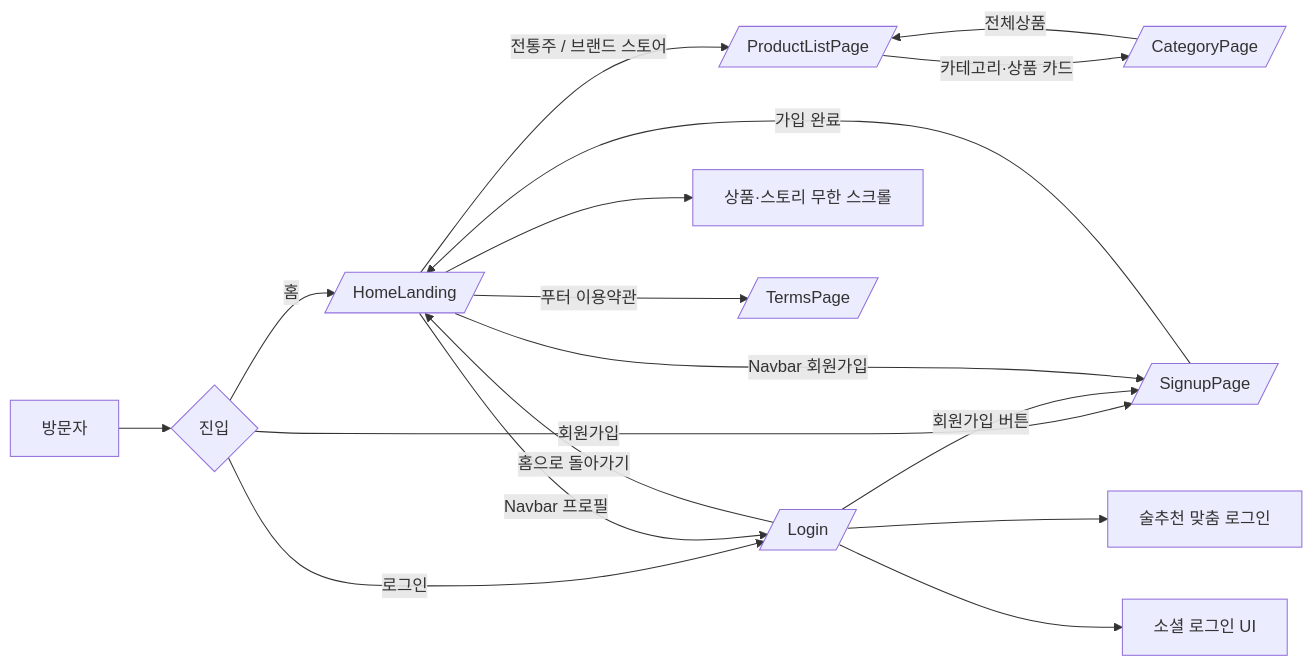
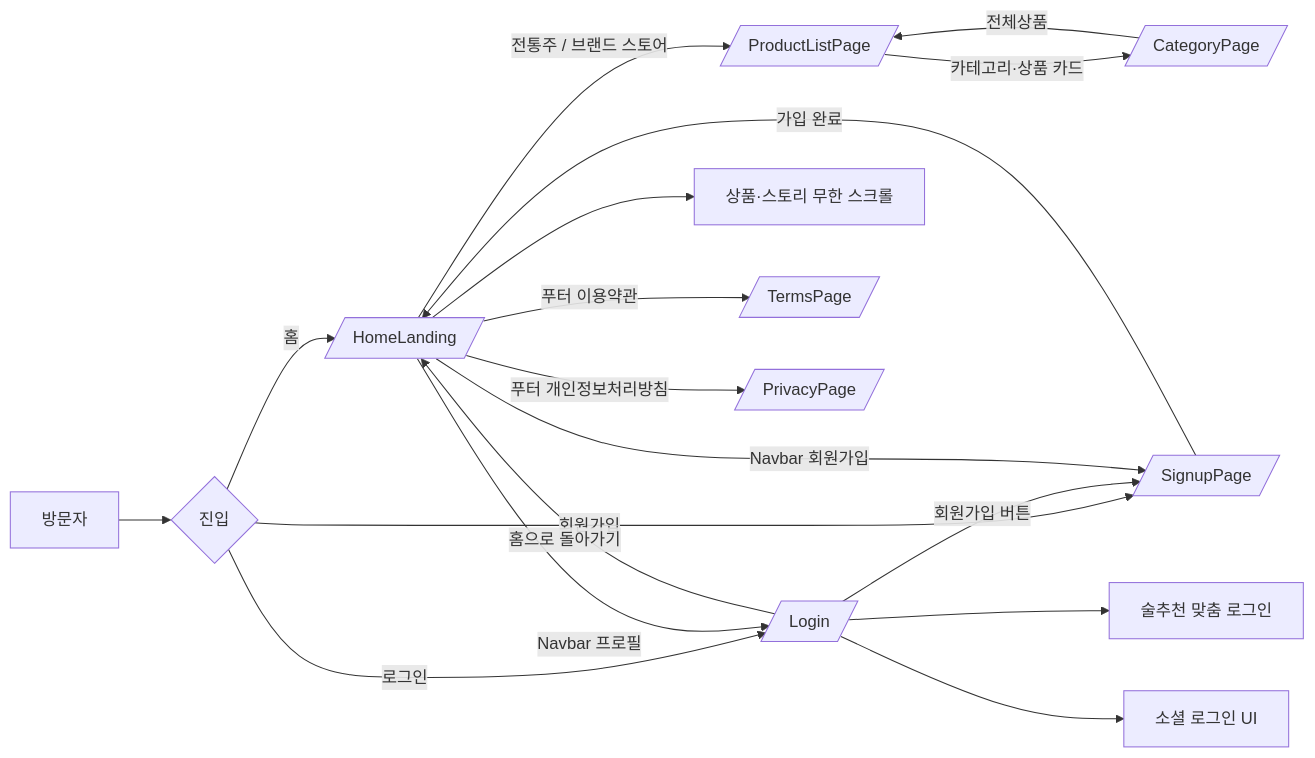
The first of 3 diagrams in README.md (zyansuh/bitdam), drawn with Mermaid before and after one commit. The commit also changed other lines of this file, not shown here.

First line of the commit message:
docs(readme): document /privacy privacy policy page

````diff
--- a/README.md
+++ b/README.md
@@ -82,19 +83,20 @@
 ```mermaid
 flowchart LR
     A[방문자] --> B{진입}
     B -->|홈| C[/ HomeLanding /]
     B -->|로그인| D[/ Login /]
     B -->|회원가입| S[/ SignupPage /]
     D -->|회원가입 버튼| S
     C -->|Navbar 회원가입| S
     S -->|가입 완료| C
     C -->|전통주 / 브랜드 스토어| H[/ ProductListPage /]
     C -->|Navbar 프로필| D
     H -->|카테고리·상품 카드| I[/ CategoryPage /]
     I -->|전체상품| H
     D -->|홈으로 돌아가기| C
     C --> E[상품·스토리 무한 스크롤]
     C -->|푸터 이용약관| T[/ TermsPage /]
+    C -->|푸터 개인정보처리방침| P[/ PrivacyPage /]
     D --> F[술추천 맞춤 로그인]
     D --> G[소셜 로그인 UI]
 ```
````
